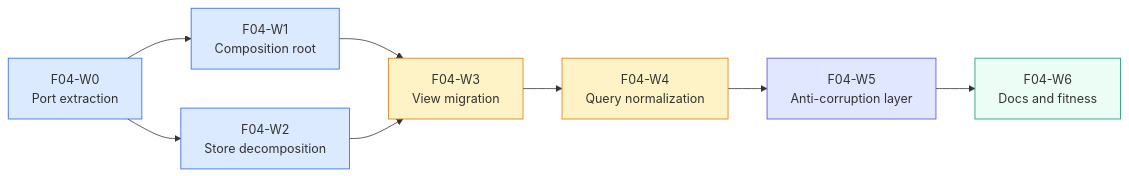
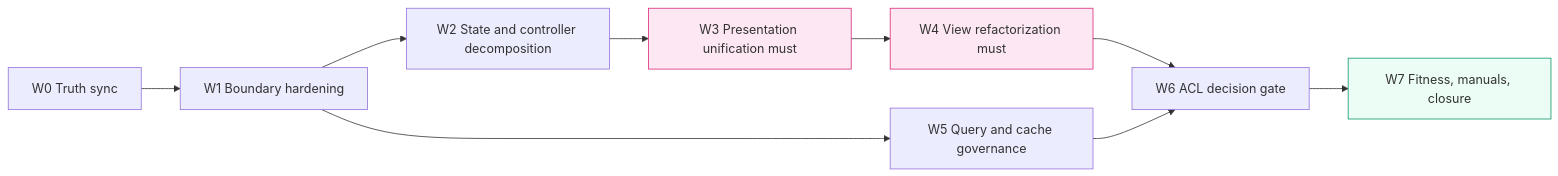
Before and after one commit to dunay2/dvt: the third of 3 diagrams in docs/planning/proposals/mandatory/frontend-and-ux/f04-frontend-data-boundary-hexagonal-convergence-plan-20260403.md, drawn with Mermaid. The commit also changed other lines of this file and 86 other files, not shown here.

````diff
--- a/docs/planning/proposals/mandatory/frontend-and-ux/f04-frontend-data-boundary-hexagonal-convergence-plan-20260403.md
+++ b/docs/planning/proposals/mandatory/frontend-and-ux/f04-frontend-data-boundary-hexagonal-convergence-plan-20260403.md
@@ -385,18 +380,15 @@
 ```mermaid
 flowchart LR
-  W0["F04-W0<br/>Port extraction"] --> W1["F04-W1<br/>Composition root"]
-  W0 --> W2["F04-W2<br/>Store decomposition"]
-  W1 --> W3["F04-W3<br/>View migration"]
-  W2 --> W3
-  W3 --> W4["F04-W4<br/>Query normalization"]
-  W4 --> W5["F04-W5<br/>Anti-corruption layer"]
-  W5 --> W6["F04-W6<br/>Docs and fitness"]
+  W0["W0 Truth sync"] --> W1["W1 Boundary hardening"]
+  W1 --> W2["W2 State and controller decomposition"]
+  W1 --> W5["W5 Query and cache governance"]
+  W2 --> W3["W3 Presentation unification must"]
+  W3 --> W4["W4 View refactorization must"]
+  W4 --> W6["W6 ACL decision gate"]
+  W5 --> W6
+  W6 --> W7["W7 Fitness, manuals, closure"]
 
-  style W0 fill:#dbeafe,stroke:#2563eb
-  style W1 fill:#dbeafe,stroke:#2563eb
-  style W2 fill:#dbeafe,stroke:#2563eb
-  style W3 fill:#fef3c7,stroke:#d97706
-  style W4 fill:#fef3c7,stroke:#d97706
-  style W5 fill:#e0e7ff,stroke:#4f46e5
-  style W6 fill:#ecfdf5,stroke:#059669
+  style W3 fill:#fce7f3,stroke:#db2777
+  style W4 fill:#fce7f3,stroke:#db2777
+  style W7 fill:#ecfdf5,stroke:#059669
 ```
````
